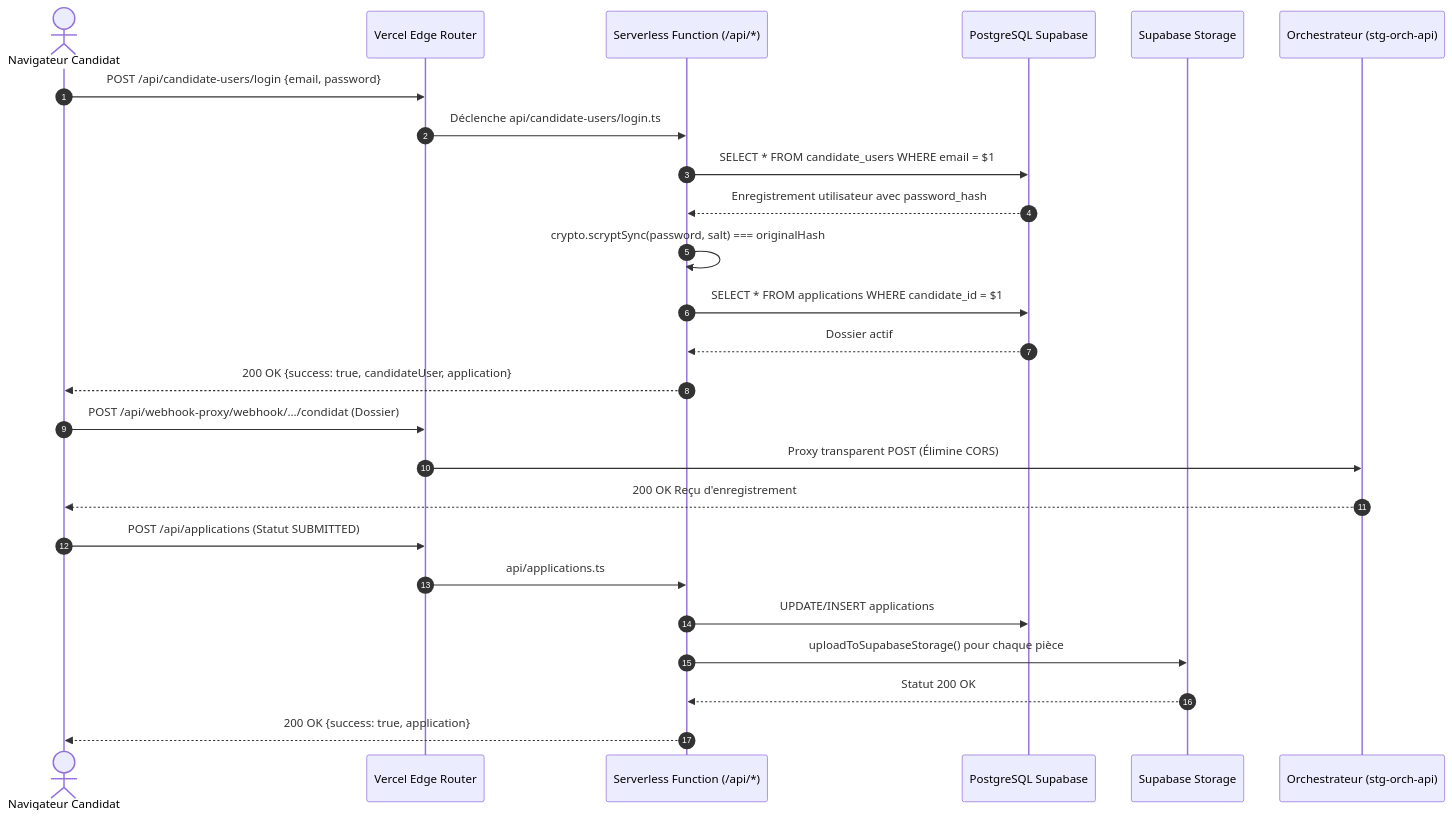
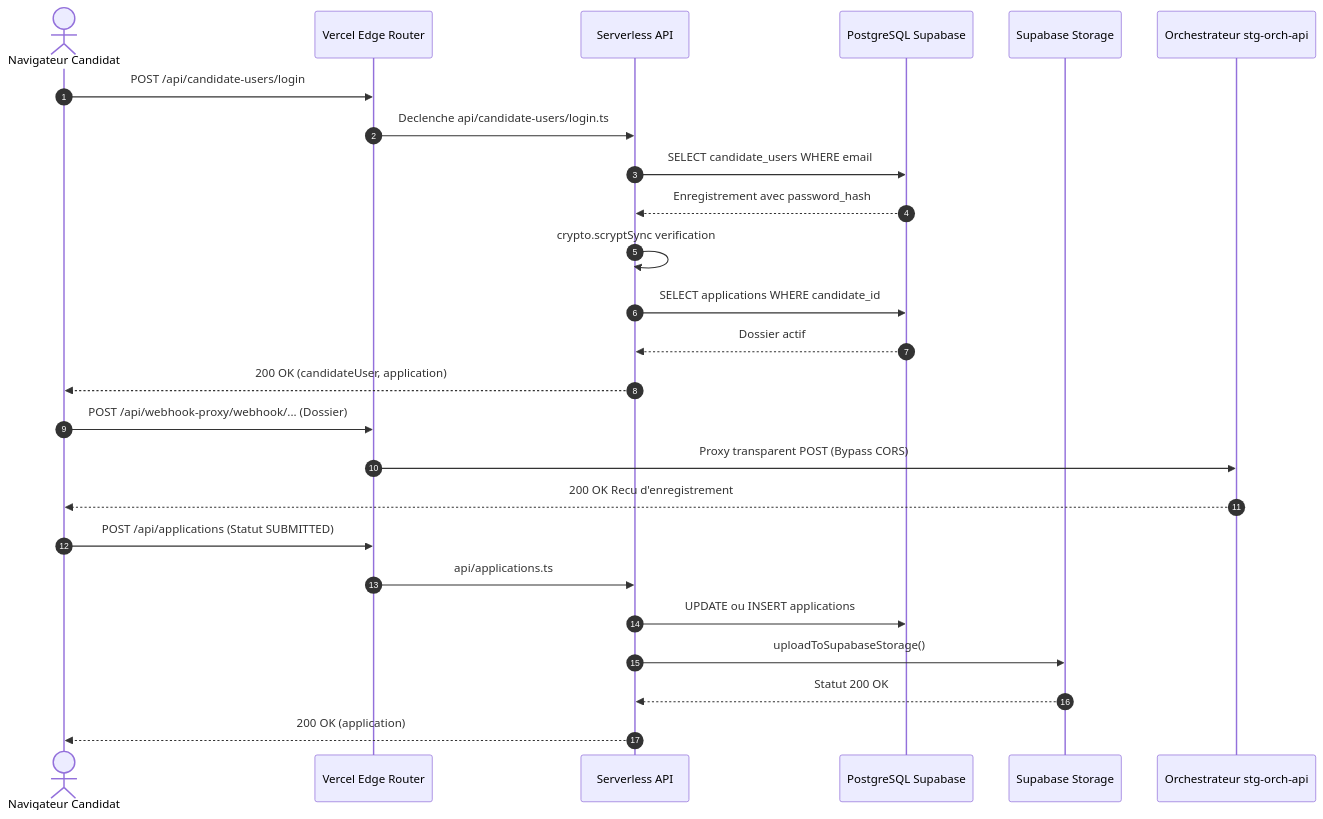
One commit to iammohcinefrikh/subverifpro changed the fifth of 6 diagrams in espace-candidature/DOCUMENTATION.md. Above: the diagram before and after it, drawn with Mermaid. The commit also changed other lines of this file, not shown here.

Commit message:
fix(docs): sanitize all Mermaid diagrams for full GitHub markdown renderer compatibility

````diff
--- a/espace-candidature/DOCUMENTATION.md
+++ b/espace-candidature/DOCUMENTATION.md
@@ -296,33 +296,33 @@
 ```mermaid
 sequenceDiagram
     autonumber
     actor Candidat as Navigateur Candidat
     participant VRouter as Vercel Edge Router
-    participant Serverless as Serverless Function (/api/*)
+    participant Serverless as Serverless API
     participant Supabase as PostgreSQL Supabase
     participant Storage as Supabase Storage
-    participant Orchestrator as Orchestrateur (stg-orch-api)
+    participant Orchestrator as Orchestrateur stg-orch-api
 
     %% Connexion
-    Candidat->>VRouter: POST /api/candidate-users/login {email, password}
-    VRouter->>Serverless: Déclenche api/candidate-users/login.ts
-    Serverless->>Supabase: SELECT * FROM candidate_users WHERE email = $1
-    Supabase-->>Serverless: Enregistrement utilisateur avec password_hash
-    Serverless->>Serverless: crypto.scryptSync(password, salt) === originalHash
-    Serverless->>Supabase: SELECT * FROM applications WHERE candidate_id = $1
+    Candidat->>VRouter: POST /api/candidate-users/login
+    VRouter->>Serverless: Declenche api/candidate-users/login.ts
+    Serverless->>Supabase: SELECT candidate_users WHERE email
+    Supabase-->>Serverless: Enregistrement avec password_hash
+    Serverless->>Serverless: crypto.scryptSync verification
+    Serverless->>Supabase: SELECT applications WHERE candidate_id
     Supabase-->>Serverless: Dossier actif
-    Serverless-->>Candidat: 200 OK {success: true, candidateUser, application}
+    Serverless-->>Candidat: 200 OK (candidateUser, application)
 
     %% Soumission
-    Candidat->>VRouter: POST /api/webhook-proxy/webhook/.../condidat (Dossier)
-    VRouter->>Orchestrator: Proxy transparent POST (Élimine CORS)
-    Orchestrator-->>Candidat: 200 OK Reçu d'enregistrement
+    Candidat->>VRouter: POST /api/webhook-proxy/webhook/... (Dossier)
+    VRouter->>Orchestrator: Proxy transparent POST (Bypass CORS)
+    Orchestrator-->>Candidat: 200 OK Recu d'enregistrement
 
-    %% Persistance & Pièces
+    %% Persistance et Pieces
     Candidat->>VRouter: POST /api/applications (Statut SUBMITTED)
     VRouter->>Serverless: api/applications.ts
-    Serverless->>Supabase: UPDATE/INSERT applications
-    Serverless->>Storage: uploadToSupabaseStorage() pour chaque pièce
+    Serverless->>Supabase: UPDATE ou INSERT applications
+    Serverless->>Storage: uploadToSupabaseStorage()
     Storage-->>Serverless: Statut 200 OK
-    Serverless-->>Candidat: 200 OK {success: true, application}
+    Serverless-->>Candidat: 200 OK (application)
 ```
````
